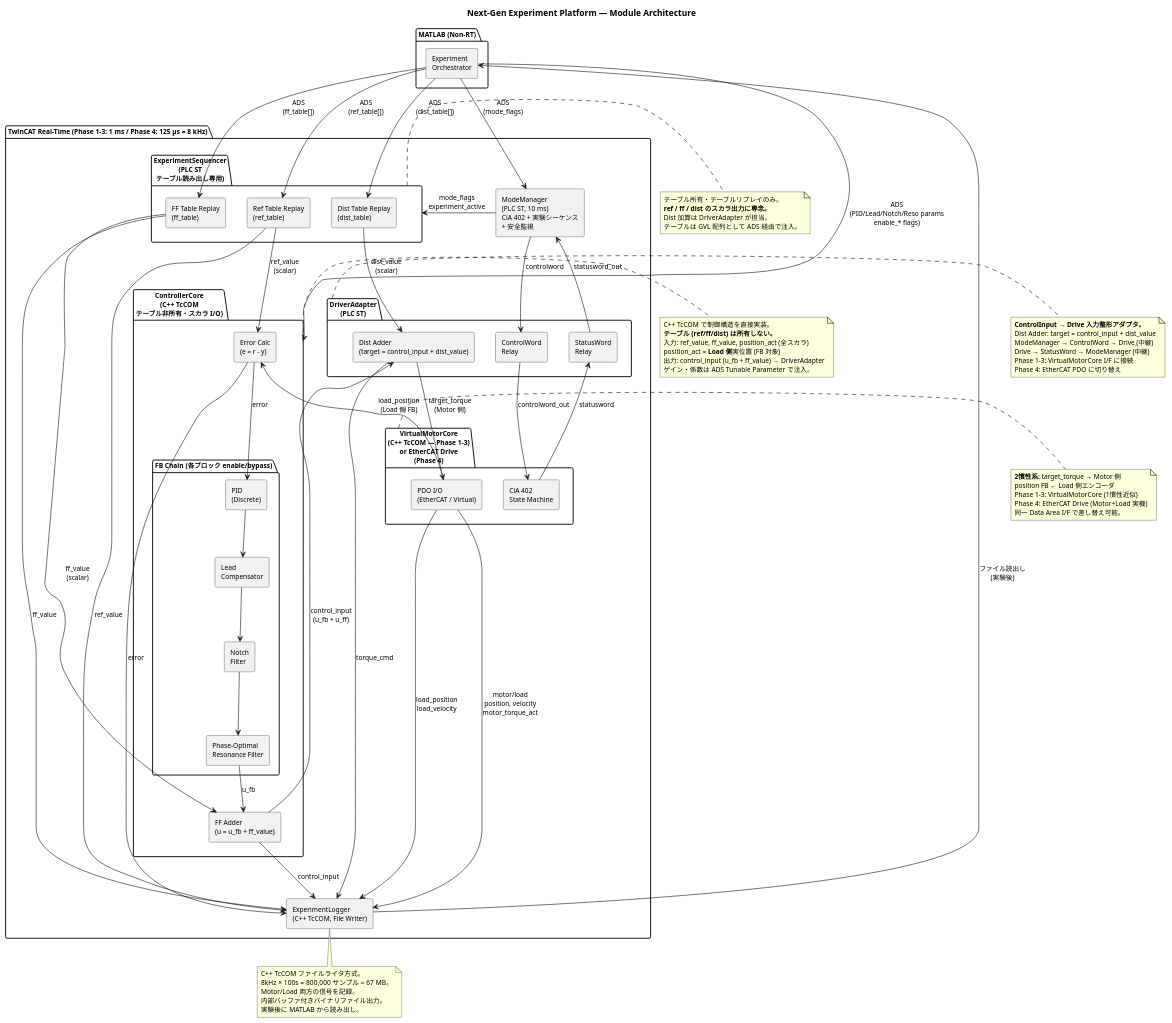
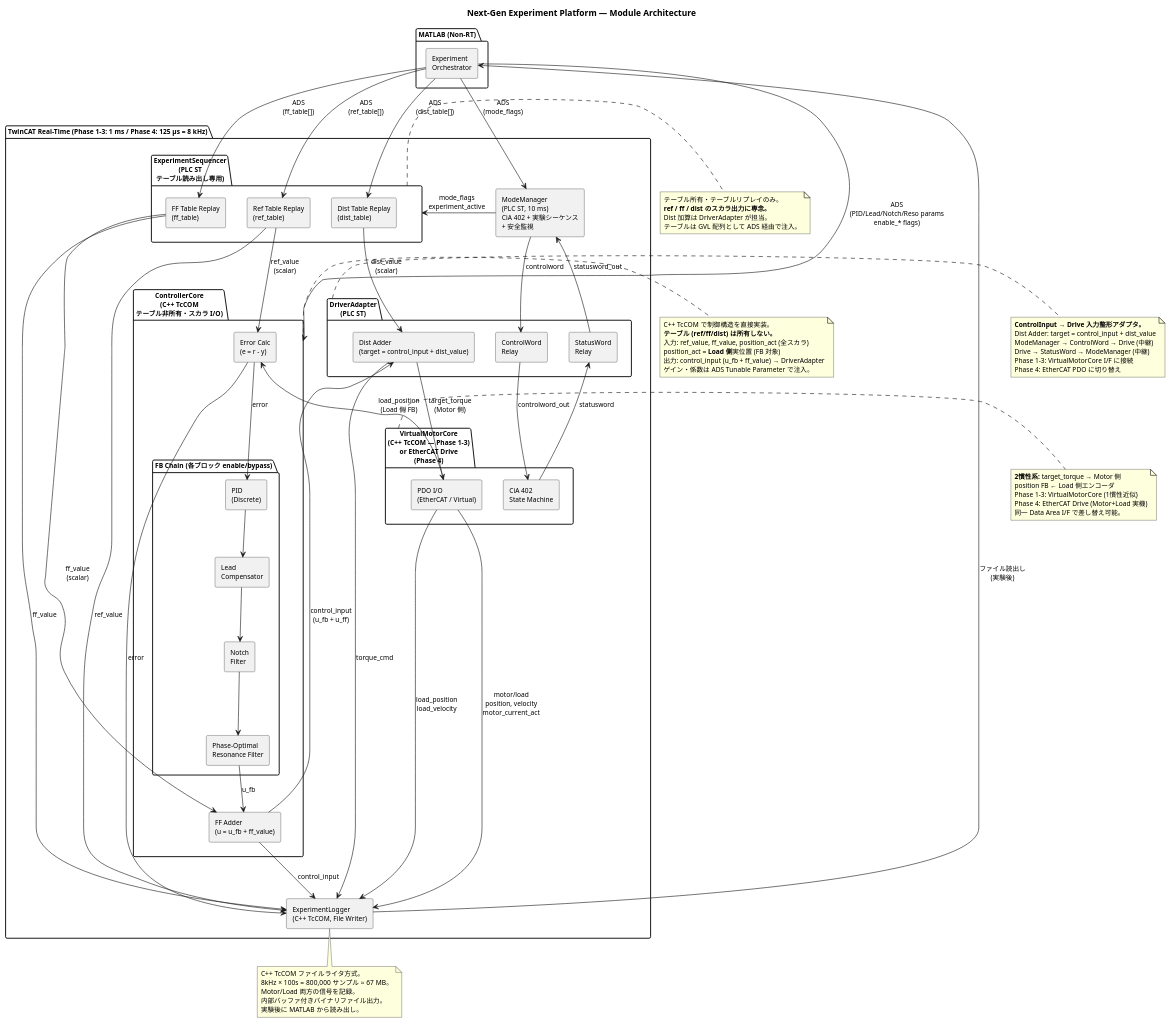
The diagram in docs/NewProjectBlock.pu (MONIN013/Experiment-Hail-Mary), drawn with PlantUML before and after one commit. The commit also changed 28 other files, not shown here.

```diff
--- a/docs/NewProjectBlock.pu
+++ b/docs/NewProjectBlock.pu
@@ -1,158 +1,158 @@
 @startuml
 skinparam componentStyle rectangle
 skinparam shadowing false
 skinparam defaultFontSize 11
 
 title Next-Gen Experiment Platform — Module Architecture
 
 ' ============================================================
 '  TwinCAT Real-Time Layer
 ' ============================================================
 package "TwinCAT Real-Time (Phase 1-3: 1 ms / Phase 4: 125 µs = 8 kHz)" {
 
   ' ---- Drive / Plant ----
   package "VirtualMotorCore\n(C++ TcCOM — Phase 1-3)\nor EtherCAT Drive\n(Phase 4)" as Drive {
     [CiA 402\nState Machine] as CiA
     [PDO I/O\n(EtherCAT / Virtual)] as PDO
   }
 
   ' ---- DriverAdapter (PLC ST — ControlInput→Drive整形 + CW/SW中継) ----
   package "DriverAdapter\n(PLC ST)" as DA {
     [Dist Adder\n(target = control_input + dist_value)] as DistAddDrv
     [ControlWord\nRelay] as CWRelay
     [StatusWord\nRelay] as SWRelay
   }
 
   ' ---- ControllerCore (C++ TcCOM — 誤差計算 + FB Chain + FF付加) ----
   package "ControllerCore\n(C++ TcCOM\nテーブル非所有・スカラ I/O)" as CC {
     [Error Calc\n(e = r - y)] as Err
 
     package "FB Chain (各ブロック enable/bypass)" {
       [PID\n(Discrete)] as PID
       [Lead\nCompensator] as Lead
       [Notch\nFilter] as Notch
       [Phase-Optimal\nResonance Filter] as Reso
     }
 
     [FF Adder\n(u = u_fb + ff_value)] as FFAdd
   }
 
   ' ---- ExperimentSequencer (PLC ST — テーブル読み出し専用) ----
   package "ExperimentSequencer\n(PLC ST\nテーブル読み出し専用)" as Seq {
     [Ref Table Replay\n(ref_table)] as RefTbl
     [FF Table Replay\n(ff_table)] as FF
     [Dist Table Replay\n(dist_table)] as Dist
   }
 
   ' ---- ModeManager (PLC ST) ----
   [ModeManager\n(PLC ST, 10 ms)\nCiA 402 + 実験シーケンス\n+ 安全監視] as Mode
 
   ' ---- ExperimentLogger (C++ TcCOM) ----
   [ExperimentLogger\n(C++ TcCOM, File Writer)] as Log
 
   ' ---- Data flow: Drive → ControllerCore (Load 側 FB) ----
   PDO --> Err : load_position\n(Load 側 FB)
-  PDO --> Log : motor/load\nposition, velocity\nmotor_torque_act
+  PDO --> Log : motor/load\nposition, velocity\nmotor_current_act
 
   ' ---- ExperimentSequencer → ControllerCore (スカラ) ----
   RefTbl --> Err : ref_value\n(scalar)
   FF --> FFAdd : ff_value\n(scalar)
 
   ' ---- ExperimentSequencer → DriverAdapter (dist_value) ----
   Dist --> DistAddDrv : dist_value\n(scalar)
 
   ' ---- ControllerCore internal ----
   Err --> PID : error
   PID --> Lead
   Lead --> Notch
   Notch --> Reso
   Reso --> FFAdd : u_fb
 
   ' ---- ControllerCore → DriverAdapter ----
   FFAdd --> DistAddDrv : control_input\n(u_fb + u_ff)
 
   ' ---- DriverAdapter → Drive (Motor 側入力) ----
   DistAddDrv --> PDO : target_torque\n(Motor 側)
 
   ' ---- ModeManager → DriverAdapter → Drive (ControlWord) ----
   Mode --> CWRelay : controlword
   CWRelay --> CiA : controlword_out
 
   ' ---- Drive → DriverAdapter → ModeManager (StatusWord) ----
   CiA --> SWRelay : statusword
   SWRelay --> Mode : statusword_out
 
   ' ---- ModeManager → ExperimentSequencer ----
   Mode --> Seq : mode_flags\nexperiment_active
 
   ' ---- Logging ----
   Err --> Log : error
   DistAddDrv --> Log : torque_cmd
   RefTbl --> Log : ref_value
   FF --> Log : ff_value
   FFAdd --> Log : control_input
   PDO --> Log : load_position\nload_velocity
 }
 
 ' ============================================================
 '  MATLAB Non-RT Layer
 ' ============================================================
 package "MATLAB (Non-RT)" {
   [Experiment\nOrchestrator] as Matlab
 }
 
 ' ---- ADS parameter injection (Non-RT → RT) ----
 Matlab --> Mode : ADS\n(mode_flags)
 Matlab --> CC : ADS\n(PID/Lead/Notch/Reso params\nenable_* flags)
 Matlab --> RefTbl : ADS\n(ref_table[])
 Matlab --> FF : ADS\n(ff_table[])
 Matlab --> Dist : ADS\n(dist_table[])
 
 ' ---- ADS data pull (RT → Non-RT) ----
 Log --> Matlab : ファイル読出し\n(実験後)
 
 ' ============================================================
 '  Notes
 ' ============================================================
 note right of CC
   C++ TcCOM で制御構造を直接実装。
   **テーブル (ref/ff/dist) は所有しない。**
   入力: ref_value, ff_value, position_act (全スカラ)
   position_act = **Load 側**実位置 (FB 対象)
   出力: control_input (u_fb + ff_value) → DriverAdapter
   ゲイン・係数は ADS Tunable Parameter で注入。
 end note
 
 note right of Seq
   テーブル所有・テーブルリプレイのみ。
   **ref / ff / dist のスカラ出力に専念。**
   Dist 加算は DriverAdapter が担当。
   テーブルは GVL 配列として ADS 経由で注入。
 end note
 
 note right of DA
   **ControlInput → Drive 入力整形アダプタ。**
   Dist Adder: target = control_input + dist_value
   ModeManager → ControlWord → Drive (中継)
   Drive → StatusWord → ModeManager (中継)
   Phase 1-3: VirtualMotorCore I/F に接続
   Phase 4: EtherCAT PDO に切り替え
 end note
 
 note right of Drive
   **2慣性系:** target_torque → Motor 側
   position FB ← Load 側エンコーダ
   Phase 1-3: VirtualMotorCore (1慣性近似)
   Phase 4: EtherCAT Drive (Motor+Load 実機)
   同一 Data Area I/F で差し替え可能。
 end note
 
 note bottom of Log
   C++ TcCOM ファイルライタ方式。
   8kHz × 100s = 800,000 サンプル ≈ 67 MB。
   Motor/Load 両方の信号を記録。
   内部バッファ付きバイナリファイル出力。
   実験後に MATLAB から読み出し。
 end note
 
 @enduml
```
